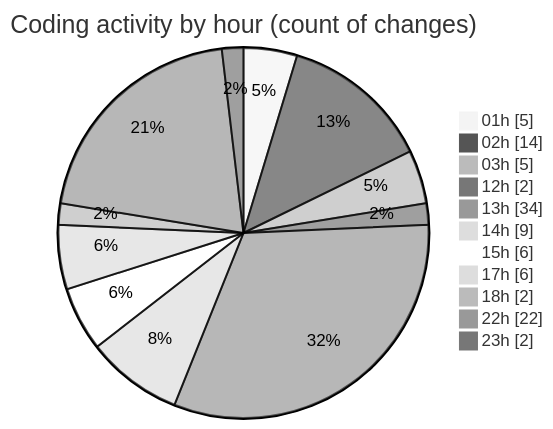
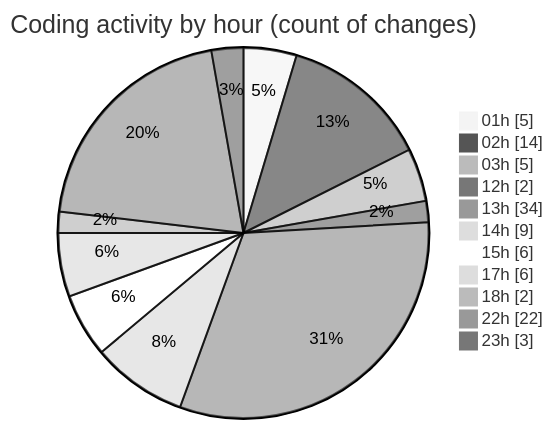
One commit to julien-gomy/code-tracking changed the second of 2 diagrams in 2025-10-23/eventscop-frontend-guide__workspace_/README.md. Above: the diagram before and after it, drawn with Mermaid (neutral theme). The commit also changed other lines of this file and 1 other file, not shown here.

````diff
--- a/2025-10-23/eventscop-frontend-guide__workspace_/README.md
+++ b/2025-10-23/eventscop-frontend-guide__workspace_/README.md
@@ -50,15 +51,15 @@
 ```mermaid
 pie showData
 title Coding activity by hour (count of changes)
 "01h" : 5
 "02h" : 14
 "03h" : 5
 "12h" : 2
 "13h" : 34
 "14h" : 9
 "15h" : 6
 "17h" : 6
 "18h" : 2
 "22h" : 22
-"23h" : 2
+"23h" : 3
 ```
````
